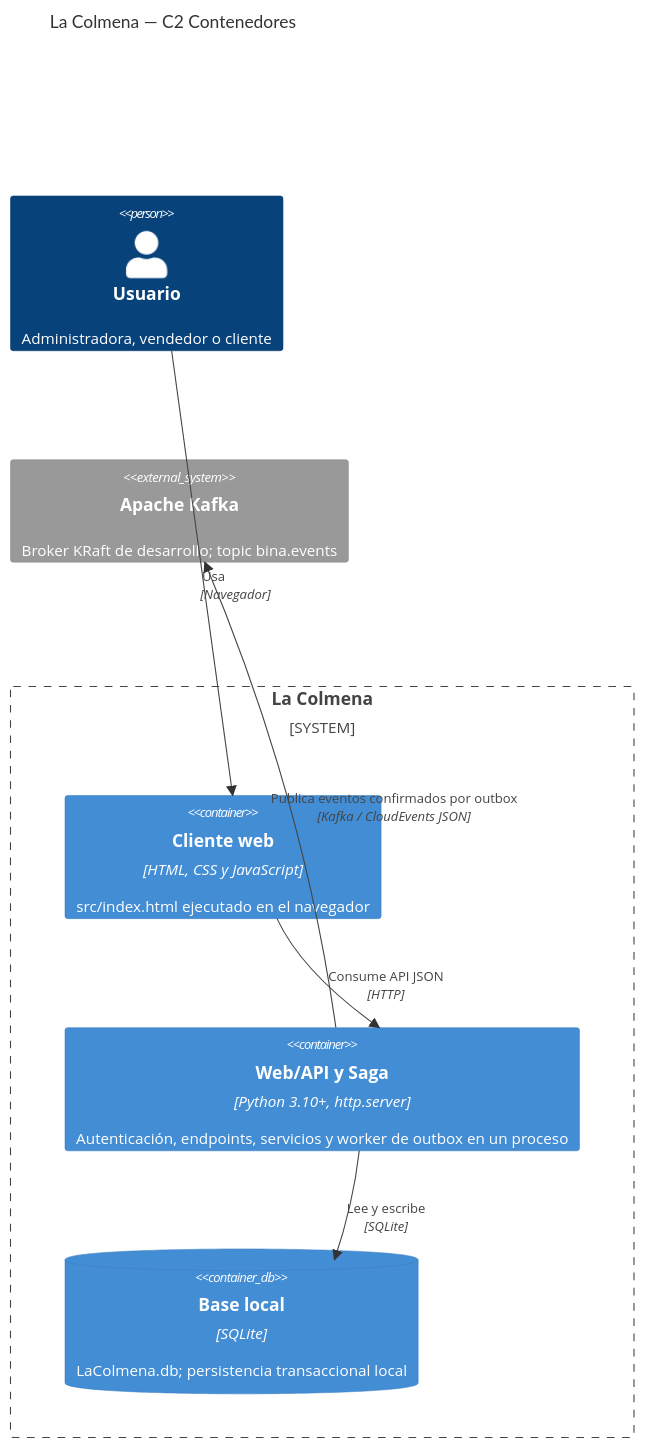
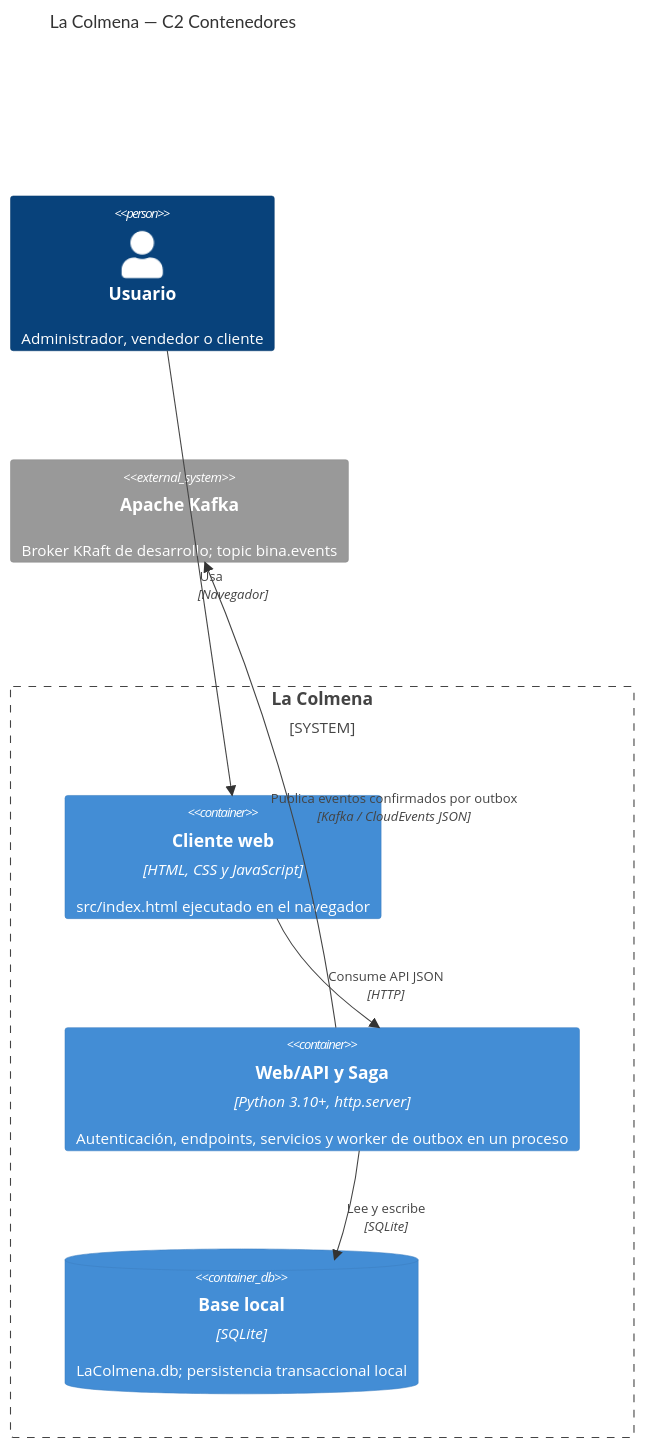
Before and after one commit to robinsoncht12-gif/la_colmena.html: the second of 3 diagrams in la_colmena.html/docs/D2_MODELADO_C4_ISO25010_BOUNDED_CONTEXTS.md, drawn with Mermaid. The commit also changed other lines of this file and 24 other files, not shown here.

````diff
--- a/la_colmena.html/docs/D2_MODELADO_C4_ISO25010_BOUNDED_CONTEXTS.md
+++ b/la_colmena.html/docs/D2_MODELADO_C4_ISO25010_BOUNDED_CONTEXTS.md
@@ -31,15 +31,15 @@
 ```mermaid
 C4Container
     title La Colmena — C2 Contenedores
-    Person(usuario, "Usuario", "Administradora, vendedor o cliente")
+    Person(usuario, "Usuario", "Administrador, vendedor o cliente")
     System_Boundary(colmena, "La Colmena") {
         Container(web, "Cliente web", "HTML, CSS y JavaScript", "src/index.html ejecutado en el navegador")
         Container(api, "Web/API y Saga", "Python 3.10+, http.server", "Autenticación, endpoints, servicios y worker de outbox en un proceso")
         ContainerDb(db, "Base local", "SQLite", "LaColmena.db; persistencia transaccional local")
     }
     System_Ext(kafka, "Apache Kafka", "Broker KRaft de desarrollo; topic bina.events")
     Rel(usuario, web, "Usa", "Navegador")
     Rel(web, api, "Consume API JSON", "HTTP")
     Rel(api, db, "Lee y escribe", "SQLite")
     Rel(api, kafka, "Publica eventos confirmados por outbox", "Kafka / CloudEvents JSON")
 ```
````
